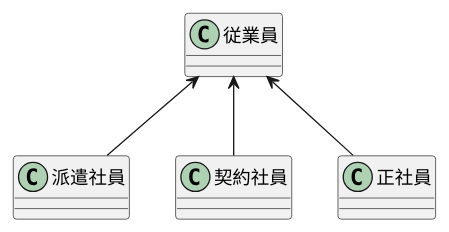
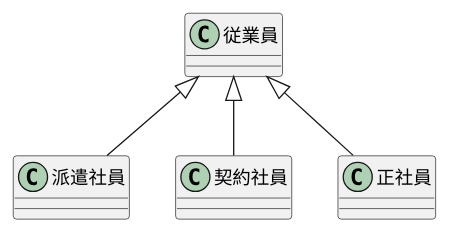
One commit to togamonro-ru/unl-introduction changed the diagram in 演習3-1_CL_雇用形態.pu. Above: the diagram before and after it, drawn with PlantUML. The commit also changed 1 other file, not shown here.

```diff
--- a/演習3-1_CL_雇用形態.pu
+++ b/演習3-1_CL_雇用形態.pu
@@ -1,10 +1,10 @@
 @startuml
 class "従業員" as a
 class "派遣社員" as b
 class "契約社員" as c
 class "正社員" as d
 
-a <-- b
-a <-- c
-a <-- d
+a <|-- b
+a <|-- c
+a <|-- d
 @enduml
```
